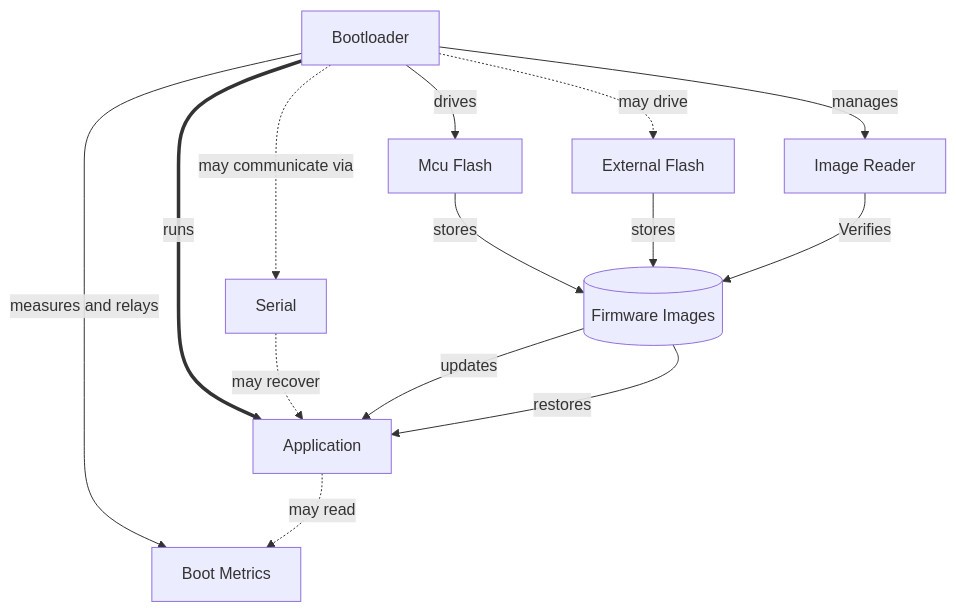
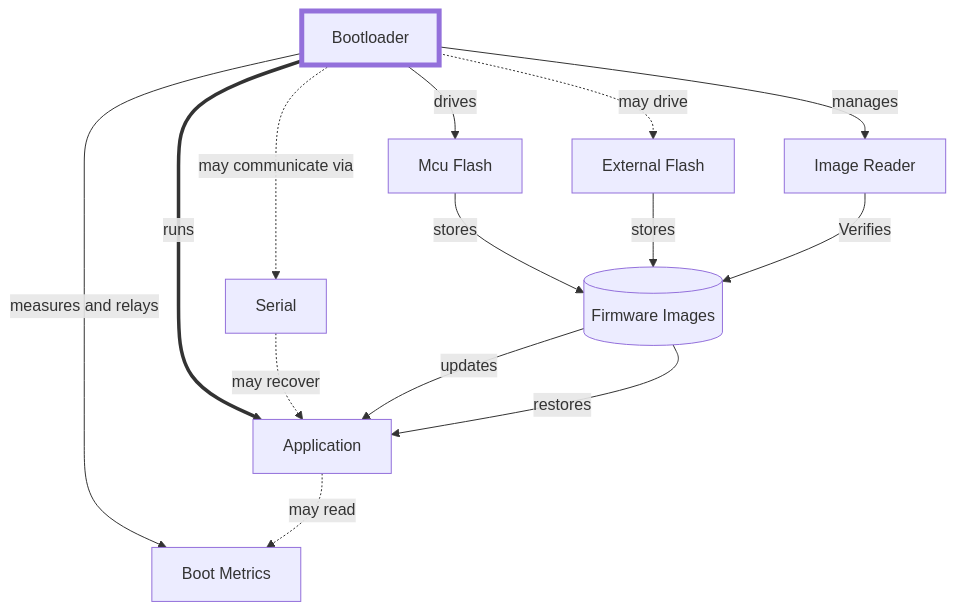
One commit to absw/loadstone changed the second of 4 diagrams in documentation/design.md. Above: the diagram before and after it, drawn with Mermaid. The commit also changed other lines of this file, not shown here.

````diff
--- a/documentation/design.md
+++ b/documentation/design.md
@@ -26,21 +27,22 @@
 ```mermaid
 graph TB
    Bootloader-.may communicate via.->Serial
    Bootloader--manages-->ImgReader[Image Reader]
    Bootloader--drives-->McuFlash[Mcu Flash]
    Bootloader-.may drive.->ExternalFlash[External Flash]
    Bootloader==runs==>Application
    Bootloader--measures and relays-->BootMetrics[Boot Metrics]
+   style Bootloader stroke-width:5px
 
    Serial-.may recover.->Application
 
    McuFlash--stores-->Fw[Firmware Images]
    ExternalFlash--stores-->Fw[(Firmware Images)]
    ImgReader--Verifies-->Fw
 
    Fw--updates-->Application
    Fw--restores-->Application
 
    Application-.may read.->BootMetrics
 
 ```
````
